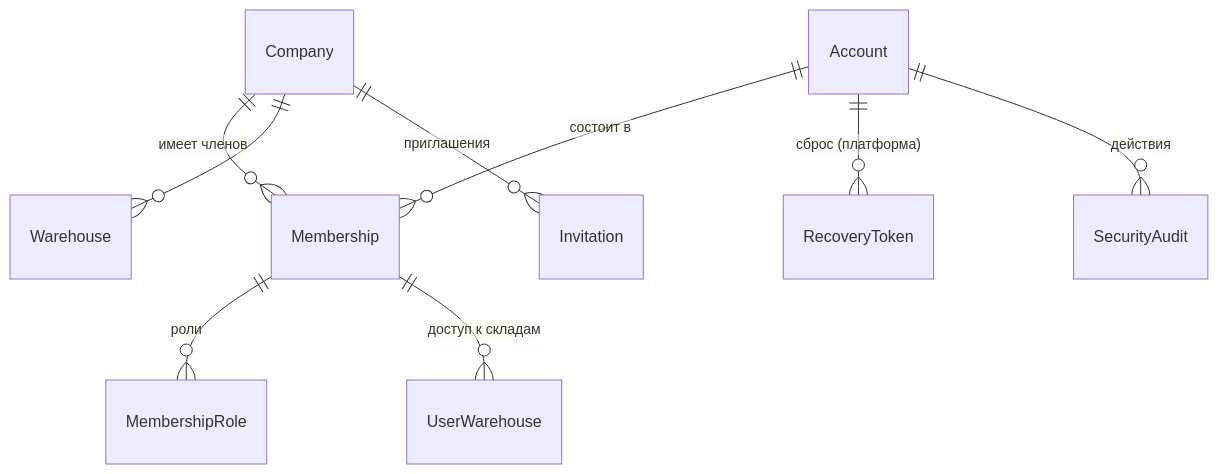
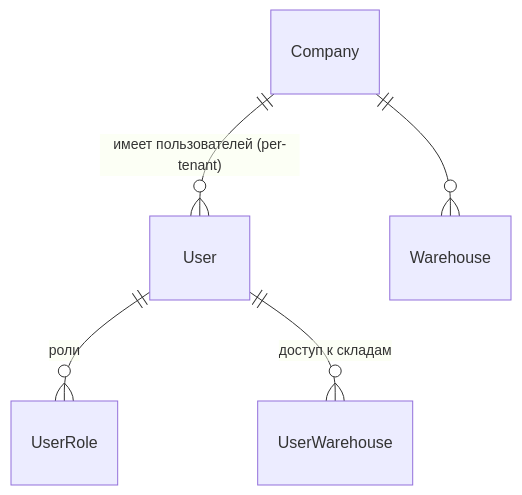
The diagram in docs/MULTITENANT_SECURITY_DESIGN.md (goldielexabehyc89-maker/skladyx), drawn with Mermaid before and after one commit. The commit also changed other lines of this file and 2 other files, not shown here.

First line of the commit message:
docs: Этап 4A multi-tenant security — per-tenant identity на User

````diff
--- a/docs/MULTITENANT_SECURITY_DESIGN.md
+++ b/docs/MULTITENANT_SECURITY_DESIGN.md
@@ -118,11 +125,7 @@
 ```mermaid
 erDiagram
-    Account ||--o{ Membership : "состоит в"
-    Company ||--o{ Membership : "имеет членов"
-    Membership ||--o{ MembershipRole : "роли"
-    Membership ||--o{ UserWarehouse : "доступ к складам"
+    Company ||--o{ User : "имеет пользователей (per-tenant)"
+    User ||--o{ UserRole : "роли"
+    User ||--o{ UserWarehouse : "доступ к складам"
     Company ||--o{ Warehouse : ""
-    Account ||--o{ RecoveryToken : "сброс (платформа)"
-    Company ||--o{ Invitation : "приглашения"
-    Account ||--o{ SecurityAudit : "действия"
 ```
````
